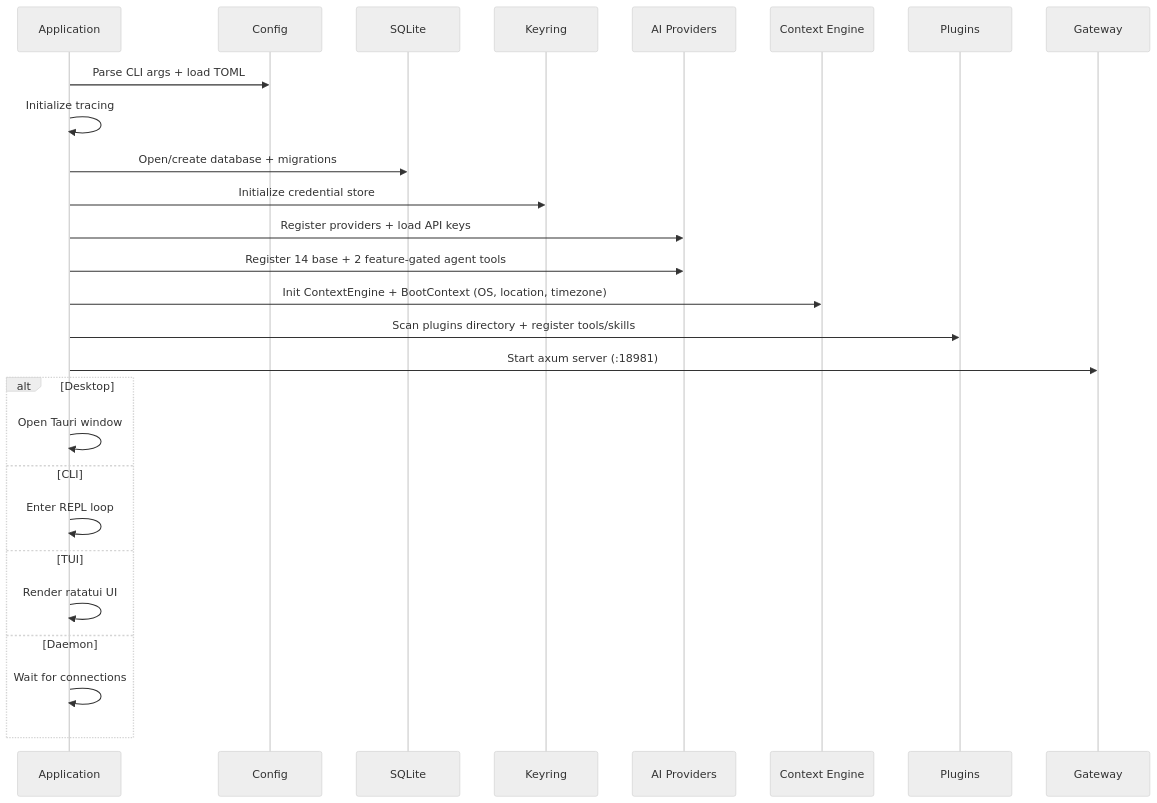
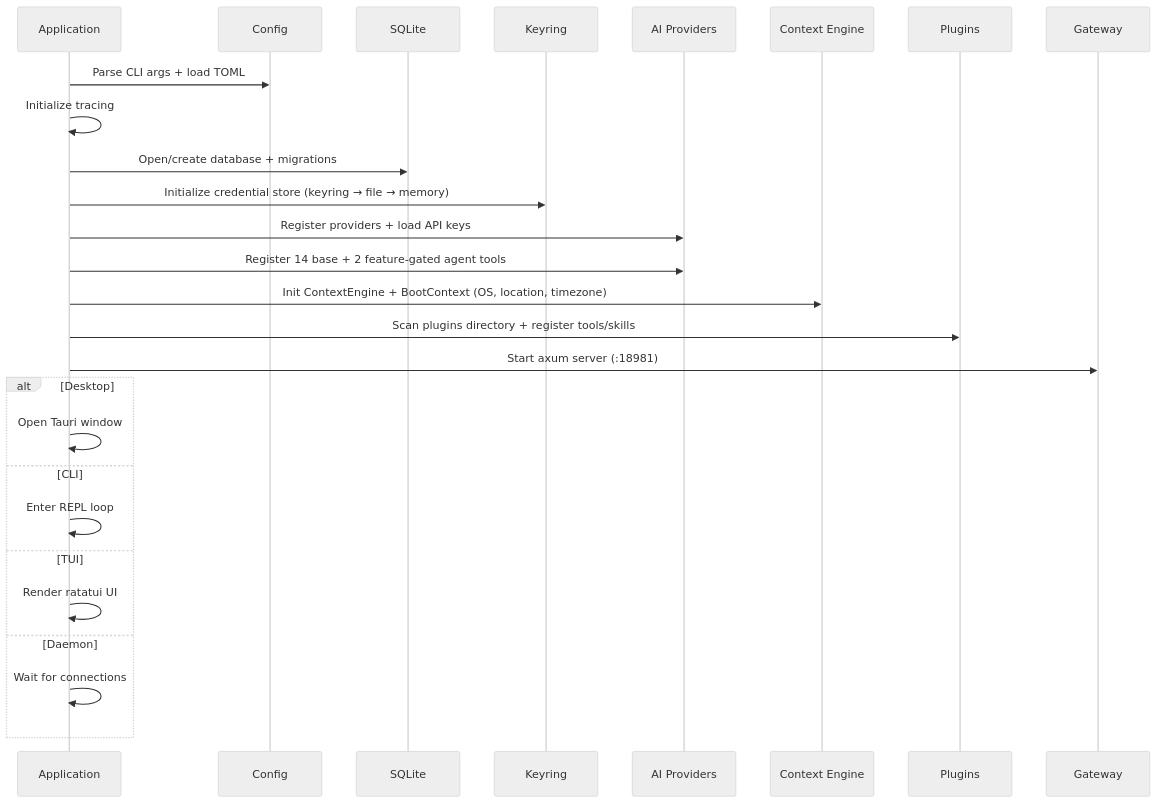
Before and after one commit to sprklai/zenii: the third of 6 diagrams in README.md, drawn with Mermaid (neutral theme). The commit also changed other lines of this file, not shown here.

First line of the commit message:
docs: update README with FileCredentialStore fallback chain

````diff
--- a/README.md
+++ b/README.md
@@ -383,31 +383,31 @@
 ```mermaid
 sequenceDiagram
     participant App as Application
     participant Cfg as Config
     participant DB as SQLite
     participant Cred as Keyring
     participant AI as AI Providers
     participant Ctx as Context Engine
     participant Plug as Plugins
     participant GW as Gateway
 
     App->>Cfg: Parse CLI args + load TOML
     App->>App: Initialize tracing
     App->>DB: Open/create database + migrations
-    App->>Cred: Initialize credential store
+    App->>Cred: Initialize credential store (keyring → file → memory)
     App->>AI: Register providers + load API keys
     App->>AI: Register 14 base + 2 feature-gated agent tools
     App->>Ctx: Init ContextEngine + BootContext (OS, location, timezone)
     App->>Plug: Scan plugins directory + register tools/skills
     App->>GW: Start axum server (:18981)
 
     alt Desktop
         App->>App: Open Tauri window
     else CLI
         App->>App: Enter REPL loop
     else TUI
         App->>App: Render ratatui UI
     else Daemon
         App->>App: Wait for connections
     end
 ```
````
